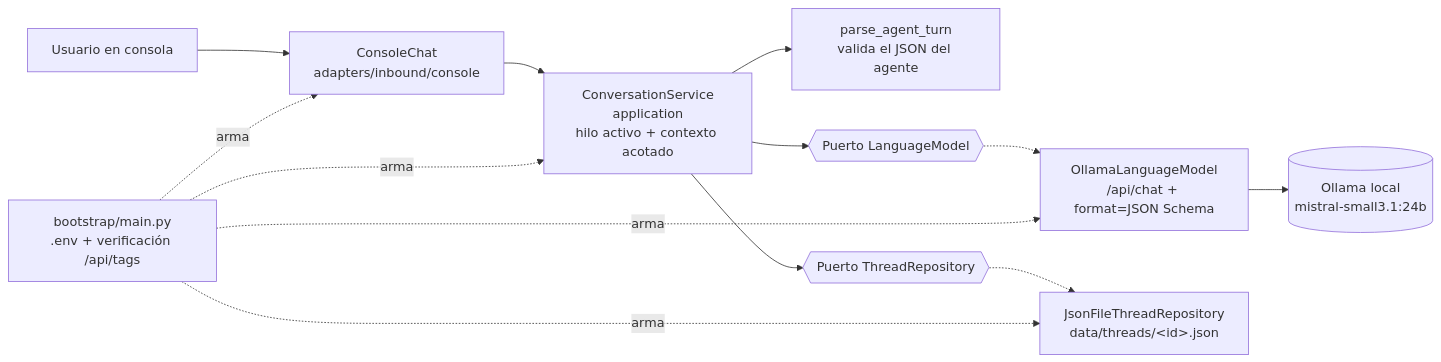
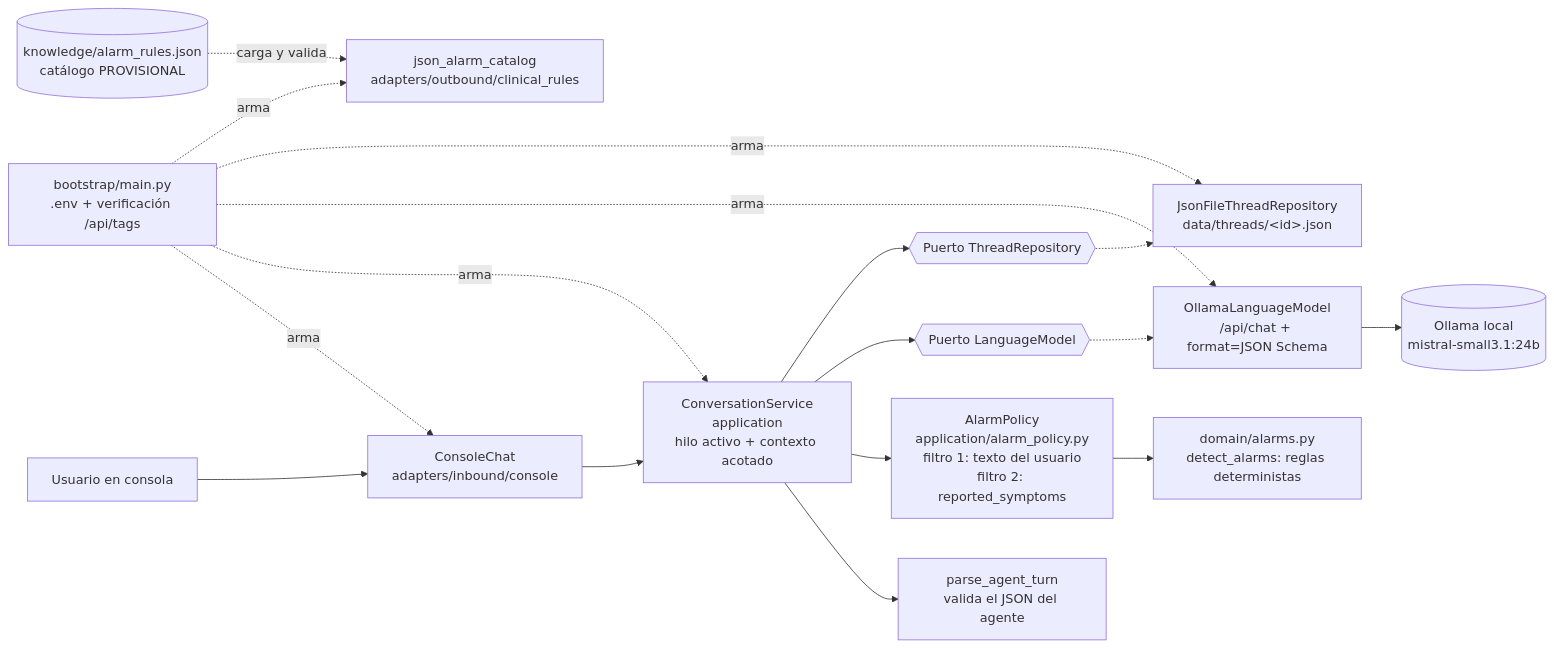
One commit to NicolasCastilloGaleano/chatbot-cardio-materno changed the third of 4 diagrams in docs/02-arquitectura/arquitectura.md. Above: the diagram before and after it, drawn with Mermaid. The commit also changed other lines of this file and 51 other files, not shown here.

First line of the commit message:
feat(alarms): alarmas deterministas con doble filtro (HU-03/HU-04)

````diff
--- a/docs/02-arquitectura/arquitectura.md
+++ b/docs/02-arquitectura/arquitectura.md
@@ -83,12 +83,15 @@
 ```mermaid
 flowchart LR
     U[Usuario en consola] --> CC[ConsoleChat<br/>adapters/inbound/console]
     CC --> CS[ConversationService<br/>application<br/>hilo activo + contexto acotado]
     CS --> AT[parse_agent_turn<br/>valida el JSON del agente]
+    CS --> AP[AlarmPolicy<br/>application/alarm_policy.py<br/>filtro 1: texto del usuario<br/>filtro 2: reported_symptoms]
+    AP --> DA[domain/alarms.py<br/>detect_alarms: reglas deterministas]
+    CAT[(knowledge/alarm_rules.json<br/>catálogo PROVISIONAL)] -. carga y valida .-> JC[json_alarm_catalog<br/>adapters/outbound/clinical_rules]
     CS --> LM{{Puerto LanguageModel}}
     CS --> TR{{Puerto ThreadRepository}}
     LM -.-> OL[OllamaLanguageModel<br/>/api/chat + format=JSON Schema]
     OL --> OLL[(Ollama local<br/>mistral-small3.1:24b)]
     TR -.-> JR[JsonFileThreadRepository<br/>data/threads/&lt;id&gt;.json]
-    B[bootstrap/main.py<br/>.env + verificación /api/tags] -. arma .-> CC & CS & OL & JR
+    B[bootstrap/main.py<br/>.env + verificación /api/tags] -. arma .-> CC & CS & OL & JR & JC
 ```
````
